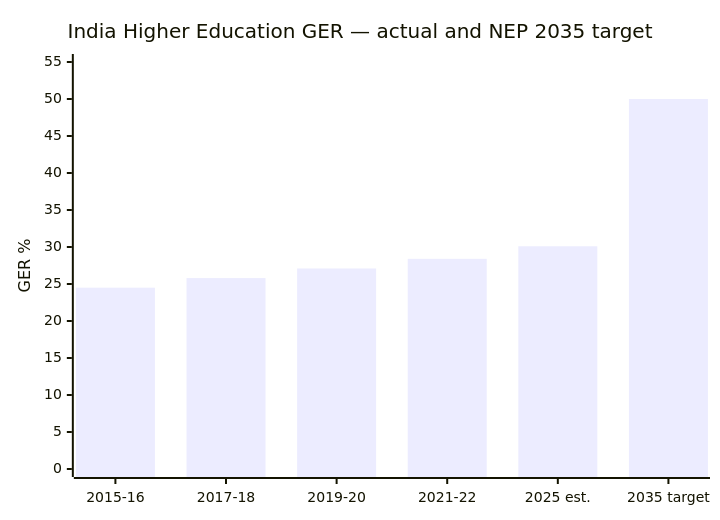
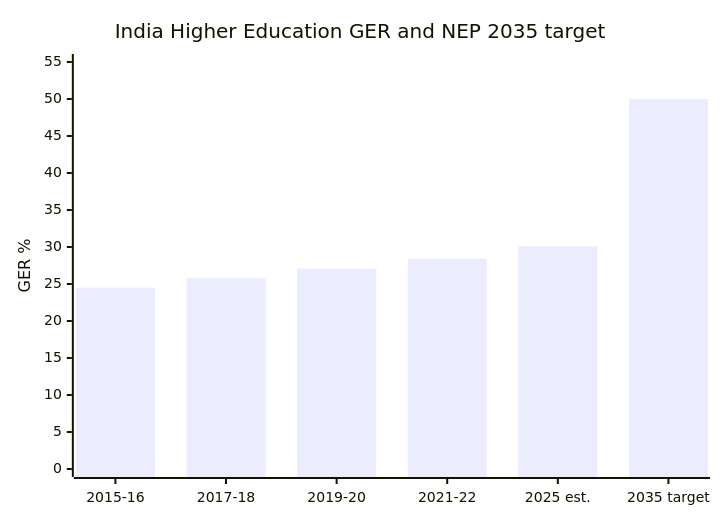
One commit to aashrutsharma2/docs changed the first of 3 diagrams in Stakeholders/Policy-and-Government.mdx. Above: the diagram before and after it, drawn with Mermaid. The commit also changed other lines of this file and 3 other files, not shown here.

````diff
--- a/Stakeholders/Policy-and-Government.mdx
+++ b/Stakeholders/Policy-and-Government.mdx
@@ -15,7 +15,8 @@
 ```mermaid
+%%{init: {"theme": "base", "themeVariables": { "xyChart": { "backgroundColor": "transparent", "barColorOne": "#4f46e5" }}}}%%
 xychart-beta
-    title "India Higher Education GER — actual and NEP 2035 target"
+    title "India Higher Education GER and NEP 2035 target"
     x-axis ["2015-16", "2017-18", "2019-20", "2021-22", "2025 est.", "2035 target"]
     y-axis "GER %" 0 --> 55
     bar [24.5, 25.8, 27.1, 28.4, 30.1, 50]
 ```
````
